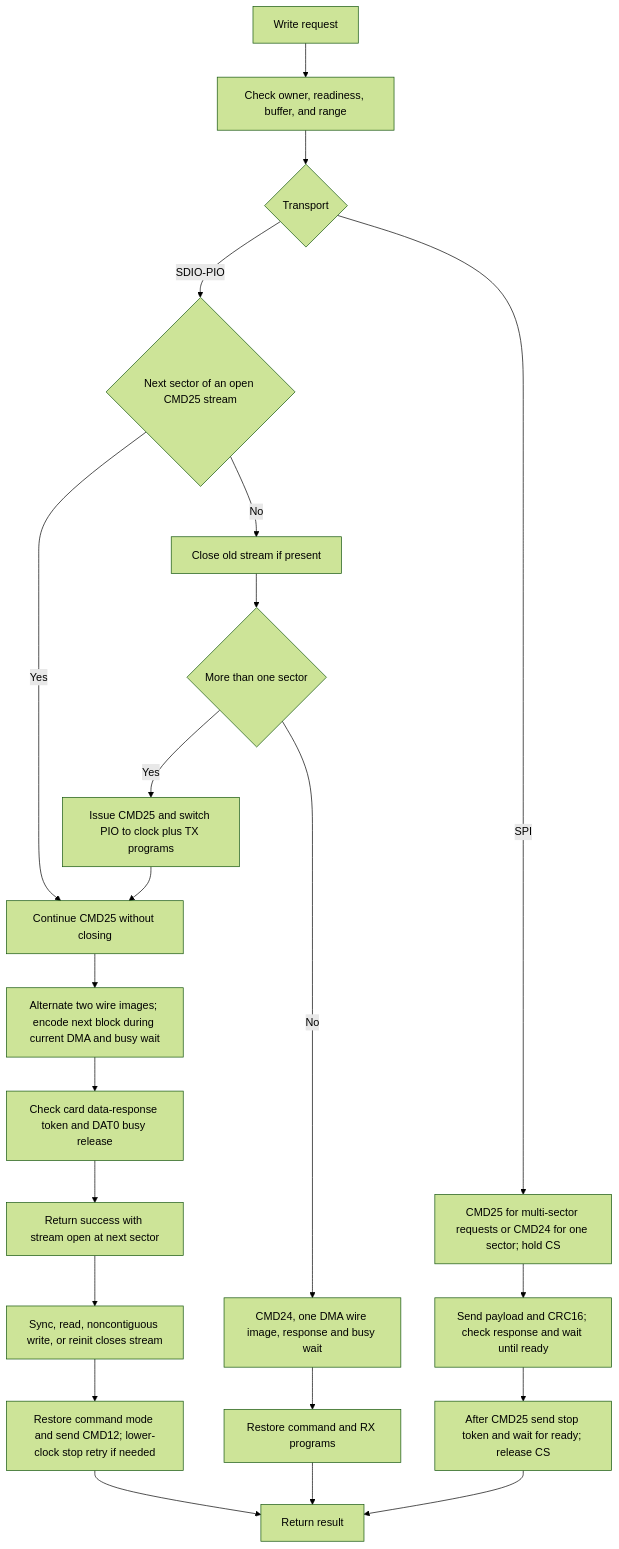
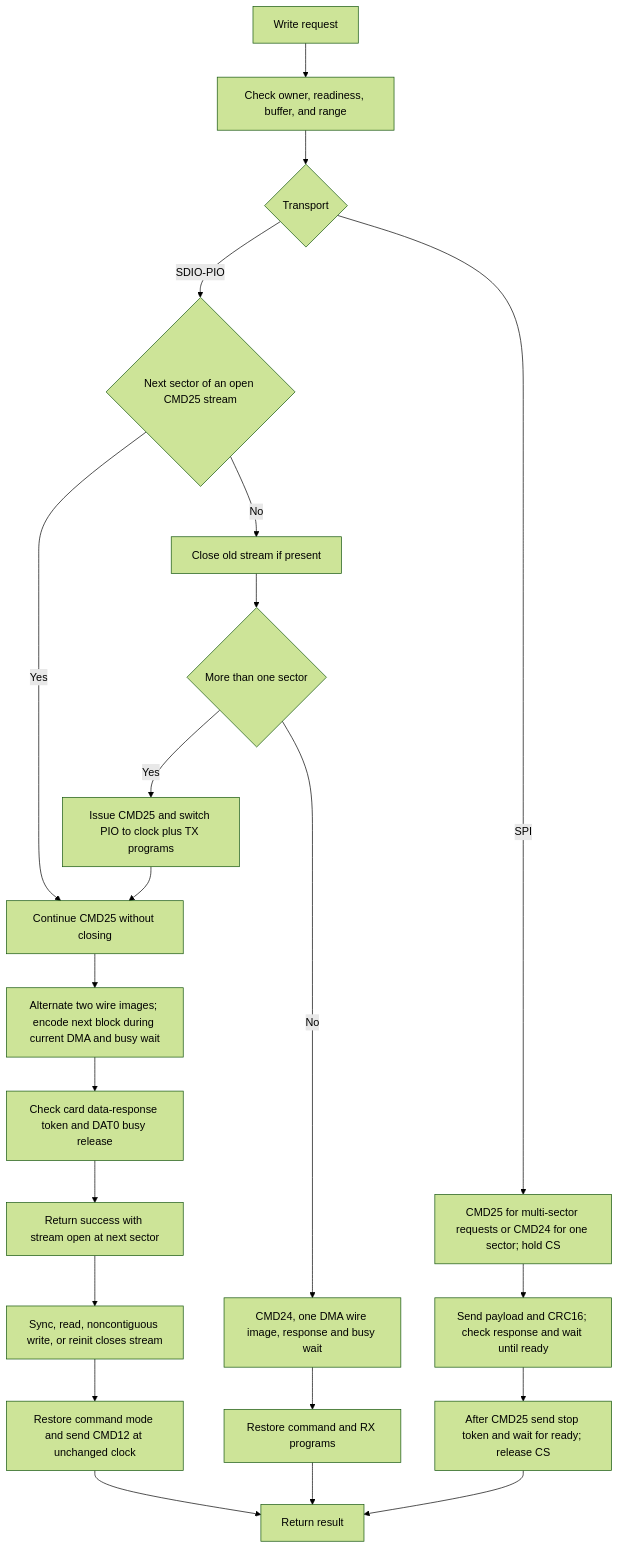
One commit to djwinter29-oss/PicoForge changed the fourth of 5 diagrams in docs/sdcard-design.md. Above: the diagram before and after it, drawn with Mermaid (forest theme). The commit also changed other lines of this file and 14 other files, not shown here.

````diff
--- a/docs/sdcard-design.md
+++ b/docs/sdcard-design.md
@@ -358,24 +346,24 @@
 ```mermaid
 flowchart TD
     Request[Write request] --> Check[Check owner, readiness, buffer, and range]
     Check --> Mode{Transport}
     Mode -->|SDIO-PIO| Continue{Next sector of an open CMD25 stream}
     Continue -->|Yes| Stream[Continue CMD25 without closing]
     Continue -->|No| Close[Close old stream if present]
     Close --> Count{More than one sector}
     Count -->|Yes| Open[Issue CMD25 and switch PIO to clock plus TX programs]
     Open --> Stream
     Stream --> Encode[Alternate two wire images; encode next block during current DMA and busy wait]
     Encode --> Accept[Check card data-response token and DAT0 busy release]
     Accept --> Pending[Return success with stream open at next sector]
     Pending --> Sync[Sync, read, noncontiguous write, or reinit closes stream]
-    Sync --> Stop[Restore command mode and send CMD12; lower-clock stop retry if needed]
+    Sync --> Stop[Restore command mode and send CMD12 at unchanged clock]
     Count -->|No| Single[CMD24, one DMA wire image, response and busy wait]
     Single --> Restore[Restore command and RX programs]
     Mode -->|SPI| SPIWrite[CMD25 for multi-sector requests or CMD24 for one sector; hold CS]
     SPIWrite --> Serial[Send payload and CRC16; check response and wait until ready]
     Restore --> Done[Return result]
     Serial --> SPIStop[After CMD25 send stop token and wait for ready; release CS]
     SPIStop --> Done
     Stop --> Done
 ```
````
